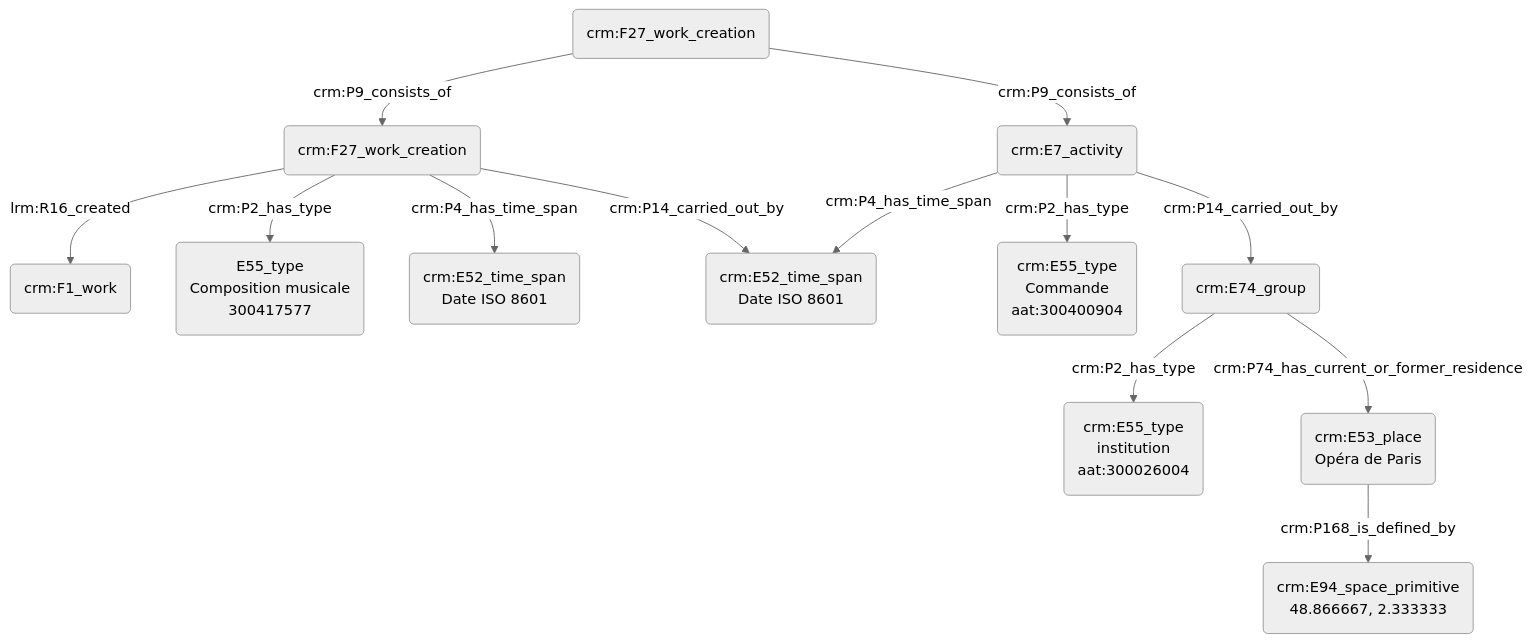
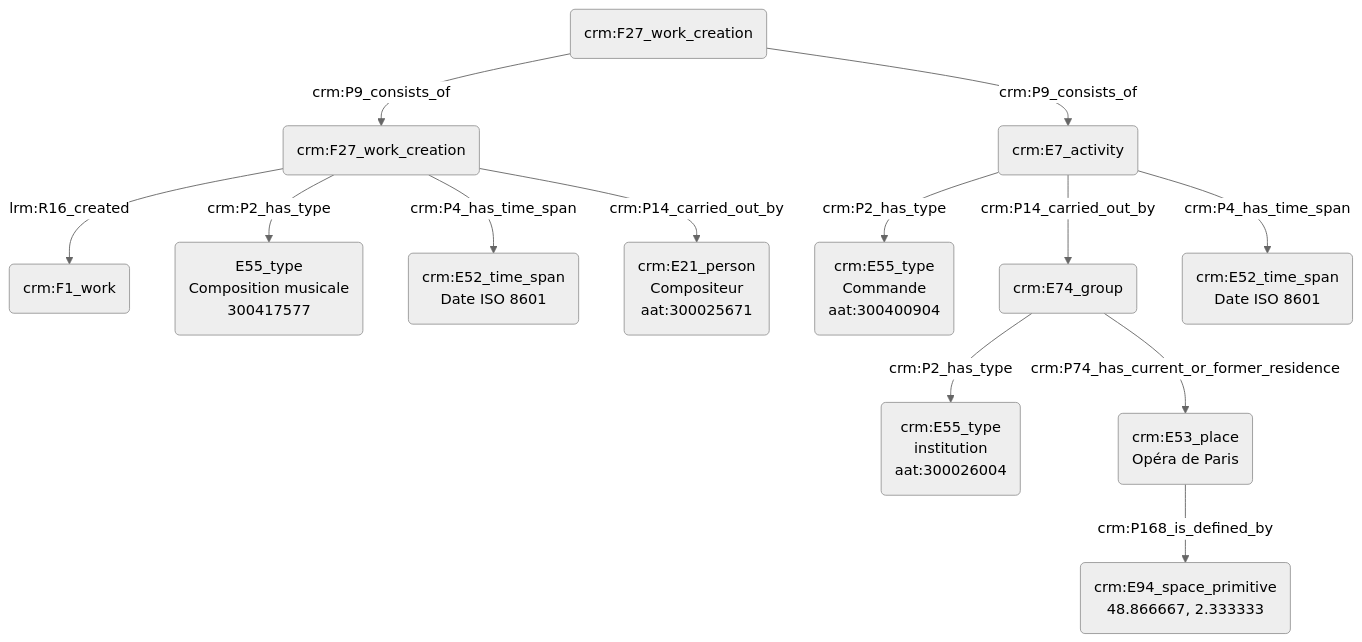
Before and after one commit to Amleth/consortium-musica2-gt2-ontologies: the diagram in modules/livrables/Dossier 2/Indexation conceptuelle/commanditaire d'une œuvre.md, drawn with Mermaid (neutral theme).

Commit message:
Update commanditaire d'une œuvre.md

````diff
--- a/modules/livrables/Dossier 2/Indexation conceptuelle/commanditaire d'une œuvre.md
+++ b/modules/livrables/Dossier 2/Indexation conceptuelle/commanditaire d'une œuvre.md
@@ -17,22 +17,22 @@
 ```mermaid
 graph TD;
 
 M(crm:F27_work_creation) --> |crm:P9_consists_of| A(crm:F27_work_creation)
 M(crm:F27_work_creation) --> |crm:P9_consists_of| C(crm:E7_activity)
 
 A(crm:F27_work_creation) --> |lrm:R16_created| B(crm:F1_work)
 A(crm:F27_work_creation) --> |crm:P2_has_type| N(E55_type<br>Composition musicale<br>300417577)
 A(crm:F27_work_creation) --> |crm:P4_has_time_span| J(crm:E52_time_span<br>Date ISO 8601)
-A(crm:F27_work_creation) --> |crm:P14_carried_out_by| K(crm:E21_person<br>Compositeur<br>aat:300025671)
+A(crm:F27_work_creation) --> |crm:P14_carried_out_by| L(crm:E21_person<br>Compositeur<br>aat:300025671)
 
 C(crm:E7_activity) --> |crm:P2_has_type| D(crm:E55_type<br>Commande<br>aat:300400904)
 C(crm:E7_activity) --> |crm:P14_carried_out_by| E(crm:E74_group)
 C(crm:E7_activity) --> |crm:P4_has_time_span| K(crm:E52_time_span<br>Date ISO 8601)
 E(crm:E74_group) -->|crm:P2_has_type| F(crm:E55_type<br>institution<br>aat:300026004)
 E(crm:E74_group) --> |crm:P74_has_current_or_former_residence| I(crm:E53_place<br>Opéra de Paris)
 I(crm:E53_place<br>Opéra de Paris) --> |crm:P168_is_defined_by| G(crm:E94_space_primitive
 48.866667, 2.333333)
 
 
 
 ```
````
